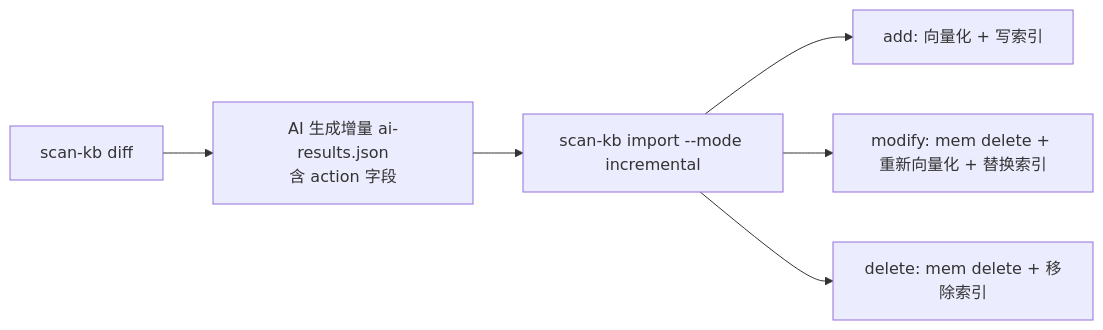
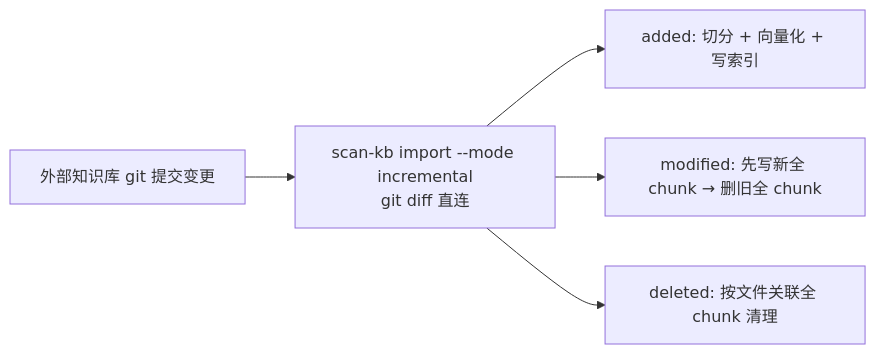
The fifth of 5 diagrams in docs/architecture.md (HACK-WU/kisearch), drawn with Mermaid before and after one commit. The commit also changed other lines of this file and 40 other files, not shown here.

````diff
--- a/docs/architecture.md
+++ b/docs/architecture.md
@@ -144,8 +143,7 @@
 ```mermaid
 flowchart LR
-    DIFF[scan-kb diff] --> AI2[AI 生成增量 ai-results.json<br/>含 action 字段]
-    AI2 --> INCR[scan-kb import --mode incremental]
-    INCR --> ADD[add: 向量化 + 写索引]
-    INCR --> MOD[modify: mem delete + 重新向量化 + 替换索引]
-    INCR --> DEL[delete: mem delete + 移除索引]
+    EXT2[外部知识库 git 提交变更] --> INCR[scan-kb import --mode incremental<br/>git diff 直连]
+    INCR --> ADD[added: 切分 + 向量化 + 写索引]
+    INCR --> MOD[modified: 先写新全 chunk → 删旧全 chunk]
+    INCR --> DEL[deleted: 按文件关联全 chunk 清理]
 ```
````
